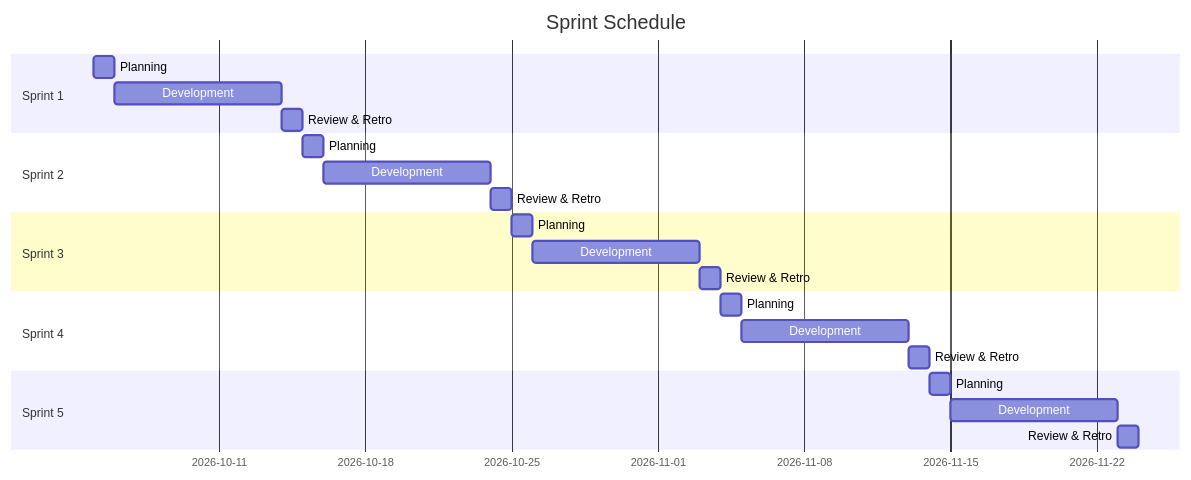
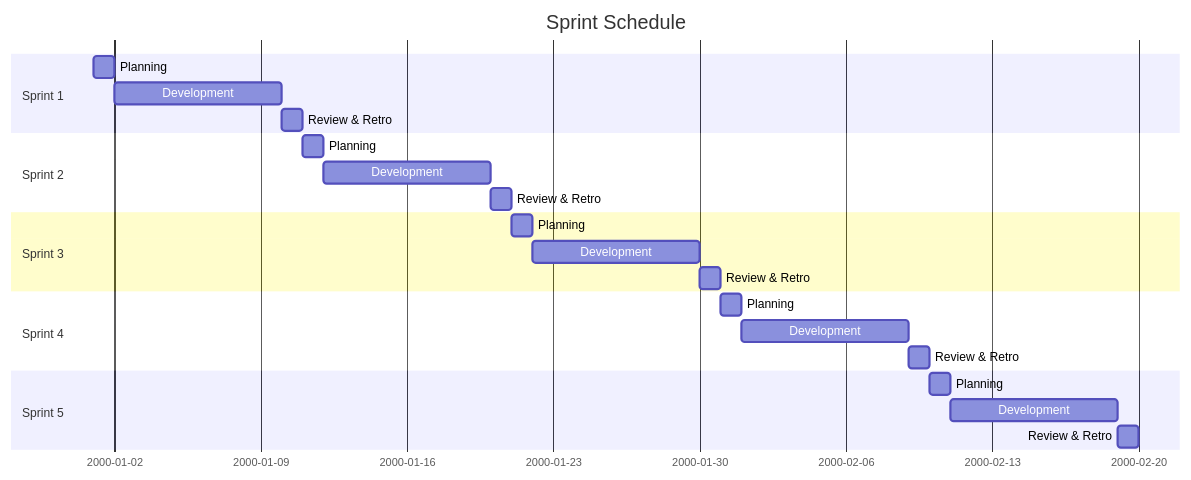
One commit to oat431/swe-knowledge changed the third of 6 diagrams in document-template/06_Project_Management_Executing_and_MC/Gantt-Chart-Schedule.md. Above: the diagram before and after it, drawn with Mermaid. The commit also changed other lines of this file and 56 other files, not shown here.

````diff
--- a/document-template/06_Project_Management_Executing_and_MC/Gantt-Chart-Schedule.md
+++ b/document-template/06_Project_Management_Executing_and_MC/Gantt-Chart-Schedule.md
@@ -138,30 +140,31 @@
 ```mermaid
 gantt
     title Sprint Schedule
     dateFormat YYYY-MM-DD
+    %% Placeholder schedule: base 2000-01-01 = project start; recompute real dates when instantiating
 
     section Sprint 1
-    Planning                  :a1, 2026-10-05, 1d
+    Planning                  :a1, 2000-01-01, 1d
     Development               :a2, after a1, 8d
     Review & Retro            :a3, after a2, 1d
 
     section Sprint 2
     Planning                  :b1, after a3, 1d
     Development               :b2, after b1, 8d
     Review & Retro            :b3, after b2, 1d
 
     section Sprint 3
     Planning                  :c1, after b3, 1d
     Development               :c2, after c1, 8d
     Review & Retro            :c3, after c2, 1d
 
     section Sprint 4
     Planning                  :d1, after c3, 1d
     Development               :d2, after d1, 8d
     Review & Retro            :d3, after d2, 1d
 
     section Sprint 5
     Planning                  :e1, after d3, 1d
     Development               :e2, after e1, 8d
     Review & Retro            :e3, after e2, 1d
 ```
````
